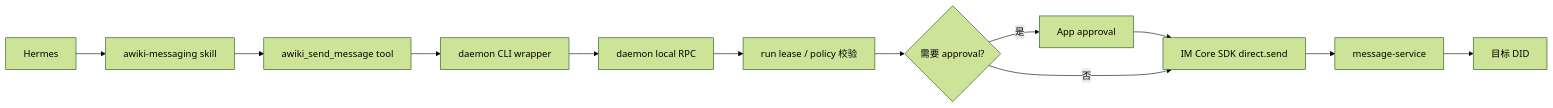
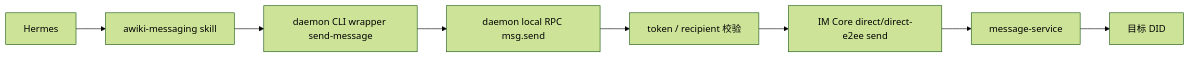
The sixth of 7 diagrams in crates/awiki-deamon/docs/hermes-plugin/hermes_runtime_plugin_design.md (AgentConnect/awiki-cli-rs2), drawn with Mermaid (forest theme) before and after one commit. The commit also changed other lines of this file, not shown here.

````diff
--- a/crates/awiki-deamon/docs/hermes-plugin/hermes_runtime_plugin_design.md
+++ b/crates/awiki-deamon/docs/hermes-plugin/hermes_runtime_plugin_design.md
@@ -1521,14 +1136,10 @@
 ```mermaid
 flowchart LR
     A["Hermes"] --> B["awiki-messaging skill"]
-    B --> C["awiki_send_message tool"]
-    C --> D["daemon CLI wrapper"]
-    D --> E["daemon local RPC"]
-    E --> F["run lease / policy 校验"]
-    F --> G{"需要 approval?"}
-    G -->|是| H["App approval"]
-    H --> I["IM Core SDK direct.send"]
-    G -->|否| I
-    I --> J["message-service"]
-    J --> K["目标 DID"]
+    B --> C["daemon CLI wrapper send-message"]
+    C --> D["daemon local RPC msg.send"]
+    D --> E["token / recipient 校验"]
+    E --> F["IM Core direct/direct-e2ee send"]
+    F --> G["message-service"]
+    G --> H["目标 DID"]
 ```
````
